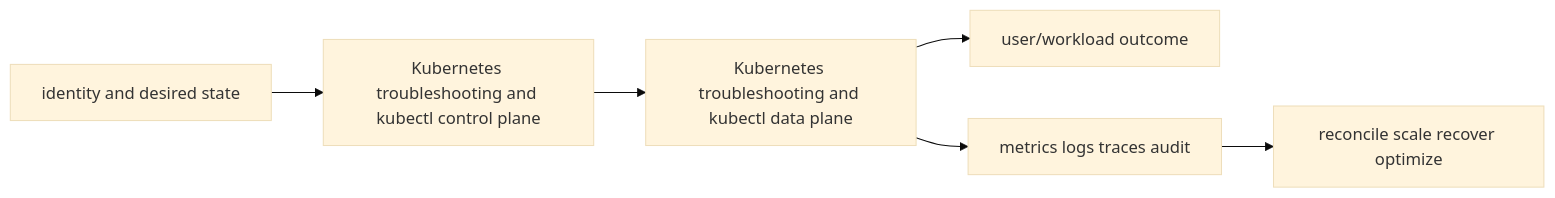
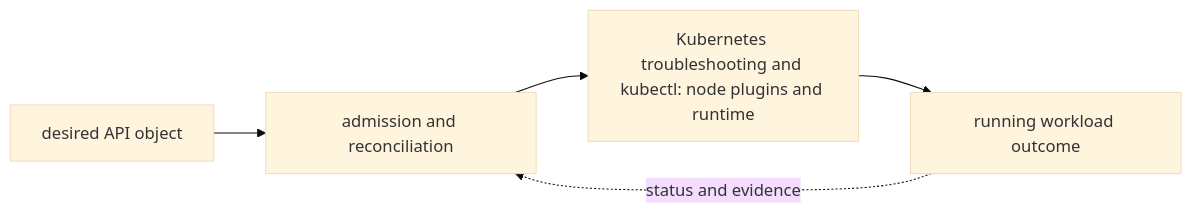
One commit to tomkidumbuyo/DevOps-interview-preparation changed the diagram in 06-kubernetes/08-operations/04-troubleshooting-kubectl/README.md. Above: the diagram before and after it, drawn with Mermaid (base theme). The commit also changed other lines of this file and 753 other files, not shown here.

````diff
--- a/06-kubernetes/08-operations/04-troubleshooting-kubectl/README.md
+++ b/06-kubernetes/08-operations/04-troubleshooting-kubectl/README.md
@@ -19,8 +31,7 @@
 ```mermaid
 flowchart LR
-  I[identity and desired state] --> C[Kubernetes troubleshooting and kubectl control plane]
-  C --> D[Kubernetes troubleshooting and kubectl data plane]
-  D --> U[user/workload outcome]
-  D --> O[metrics logs traces audit]
-  O --> R[reconcile scale recover optimize]
+  A["desired API object"] --> B["admission and reconciliation"]
+  B --> C["Kubernetes troubleshooting and kubectl: node plugins and runtime"]
+  C --> D["running workload outcome"]
+  D -. "status and evidence" .-> B
 ```
````
